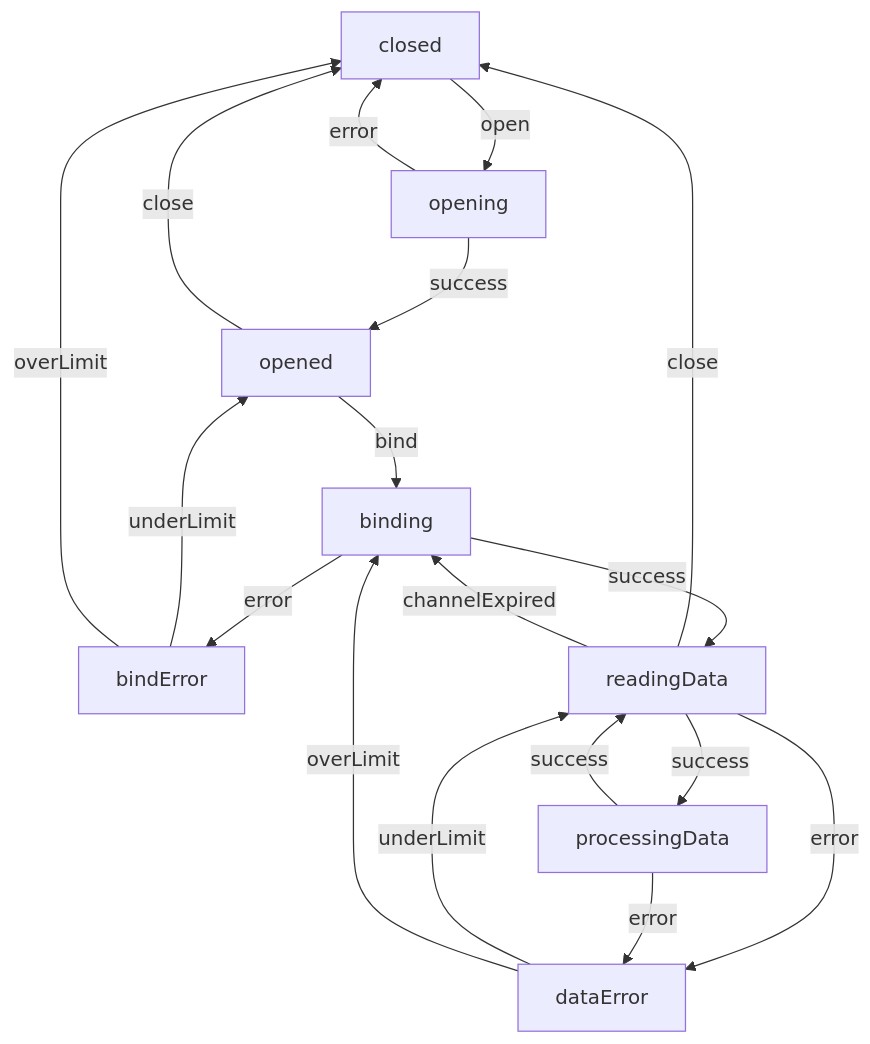
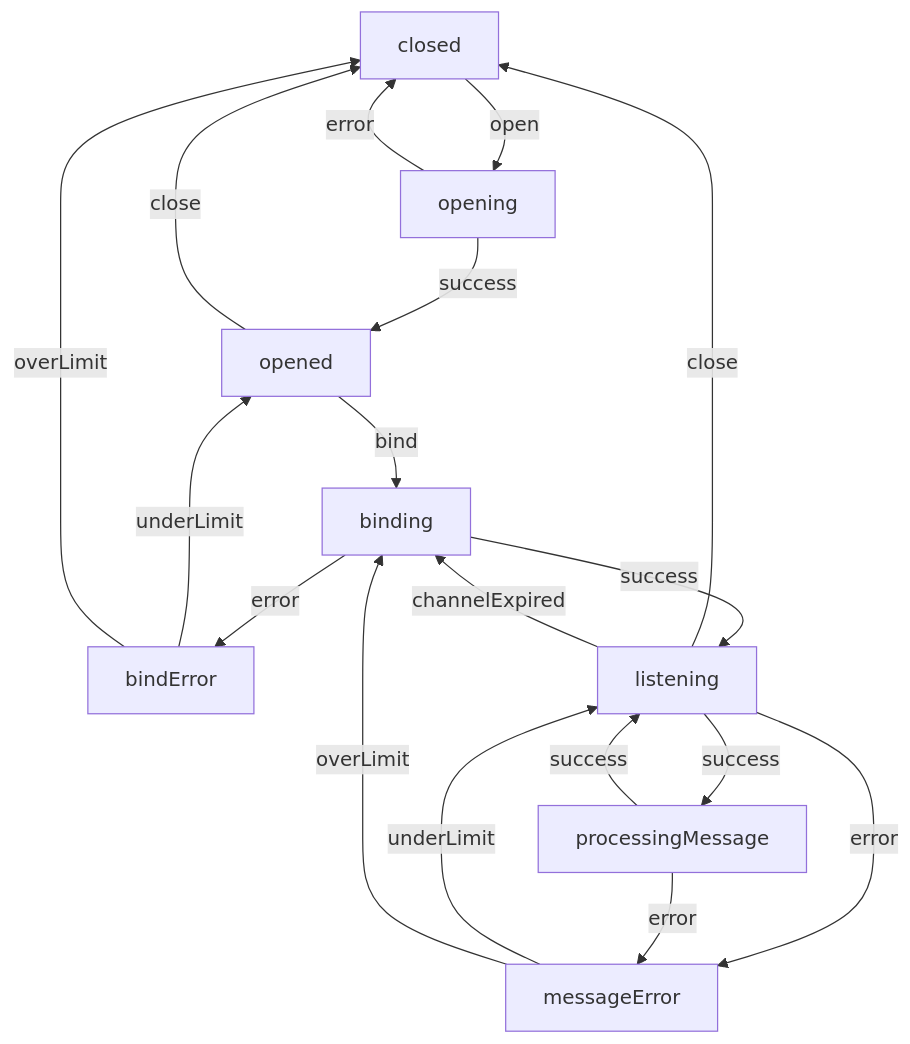
The diagram in statemachine.md (fruit-testbed/p2p-update), drawn with Mermaid before and after one commit. The commit also changed 3 other files, not shown here.

````diff
--- a/statemachine.md
+++ b/statemachine.md
@@ -3,20 +3,20 @@
 ```mermaid
 graph TD;
 	closed -->|open| opening;
 	opening -->|success| opened;
 	opening -->|error| closed;
 	opened -->|close| closed;
 	opened -->|bind| binding;
 	binding -->|error| bindError;
 	bindError -->|underLimit| opened;
 	bindError -->|overLimit| closed;
-	binding -->|success| readingData;
-	readingData -->|close| closed;
-	readingData -->|success| processingData;
-	readingData -->|error| dataError;
-	readingData -->|channelExpired| binding;
-	processingData -->|success| readingData;
-	processingData -->|error| dataError;
-	dataError -->|underLimit| readingData;
-	dataError -->|overLimit| binding;
+	binding -->|success| listening;
+	listening -->|close| closed;
+	listening -->|success| processingMessage;
+	listening -->|error| messageError;
+	listening -->|channelExpired| binding;
+	processingMessage -->|success| listening;
+	processingMessage -->|error| messageError;
+	messageError -->|underLimit| listening;
+	messageError -->|overLimit| binding;
 ```
````
